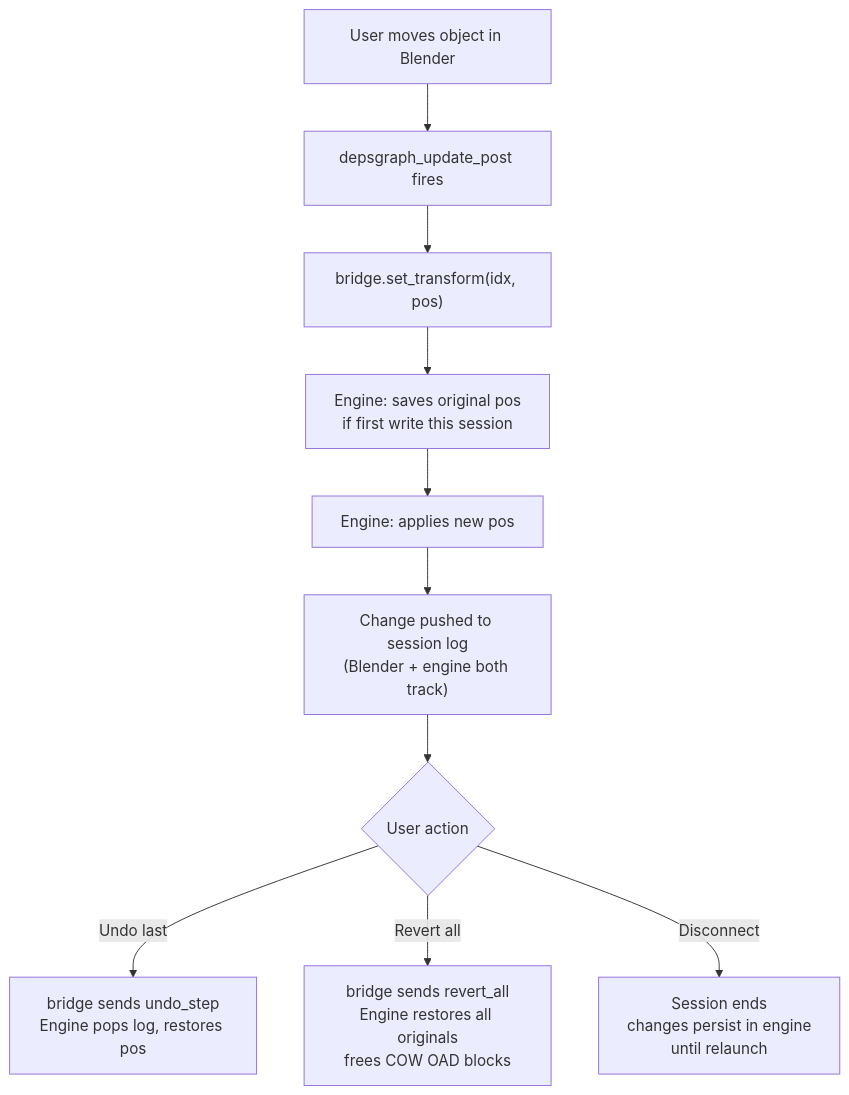
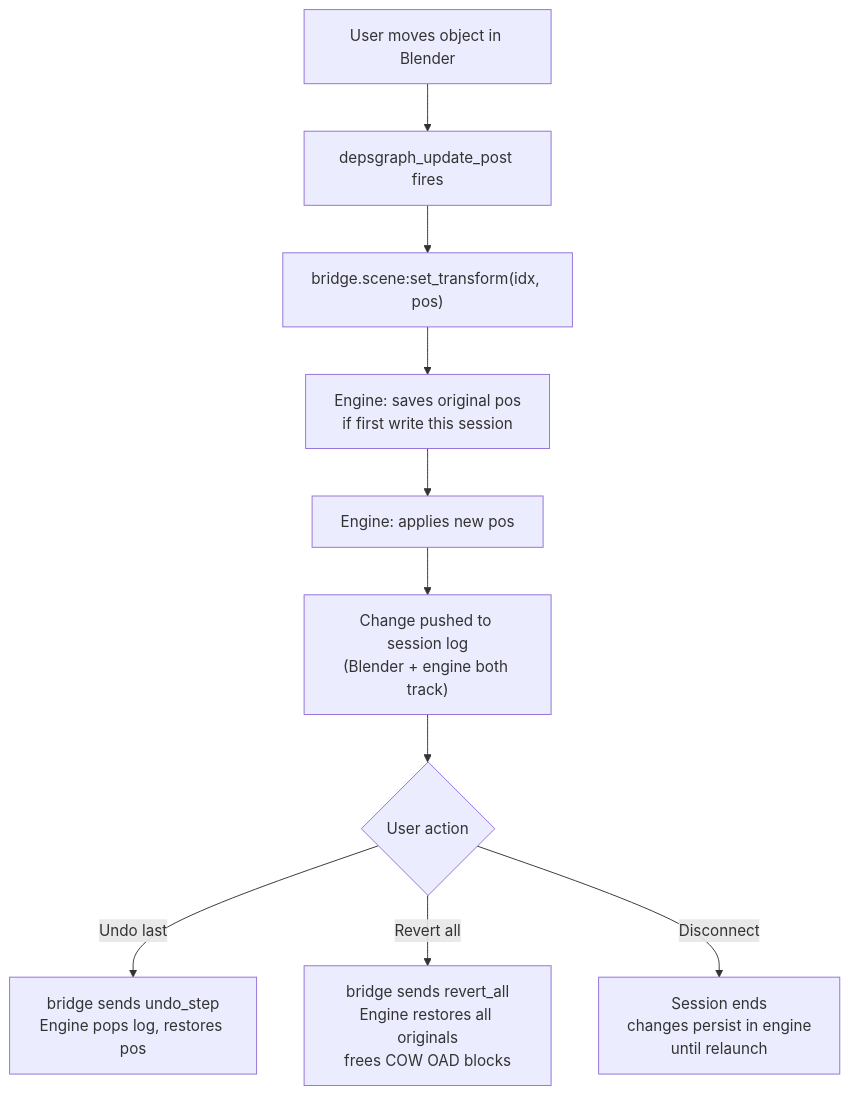
The fifth of 5 diagrams in docs/plans/2026-04-29-live-editor-bridge.md (wbniv/WorldFoundry), drawn with Mermaid before and after one commit. The commit also changed other lines of this file and 2 other files, not shown here.

First line of the commit message:
live-editor-bridge: rename ops to scene: namespace

````diff
--- a/docs/plans/2026-04-29-live-editor-bridge.md
+++ b/docs/plans/2026-04-29-live-editor-bridge.md
@@ -358,12 +358,12 @@
 ```mermaid
 flowchart TD
     A["User moves object in Blender"] --> B["depsgraph_update_post fires"]
-    B --> C["bridge.set_transform(idx, pos)"]
+    B --> C["bridge.scene:set_transform(idx, pos)"]
     C --> D["Engine: saves original pos\nif first write this session"]
     D --> E["Engine: applies new pos"]
     E --> F["Change pushed to session log\n(Blender + engine both track)"]
     F --> G{"User action"}
     G -->|"Undo last"| H["bridge sends undo_step\nEngine pops log, restores pos"]
     G -->|"Revert all"| I["bridge sends revert_all\nEngine restores all originals\nfrees COW OAD blocks"]
     G -->|"Disconnect"| J["Session ends\nchanges persist in engine\nuntil relaunch"]
 ```
````
